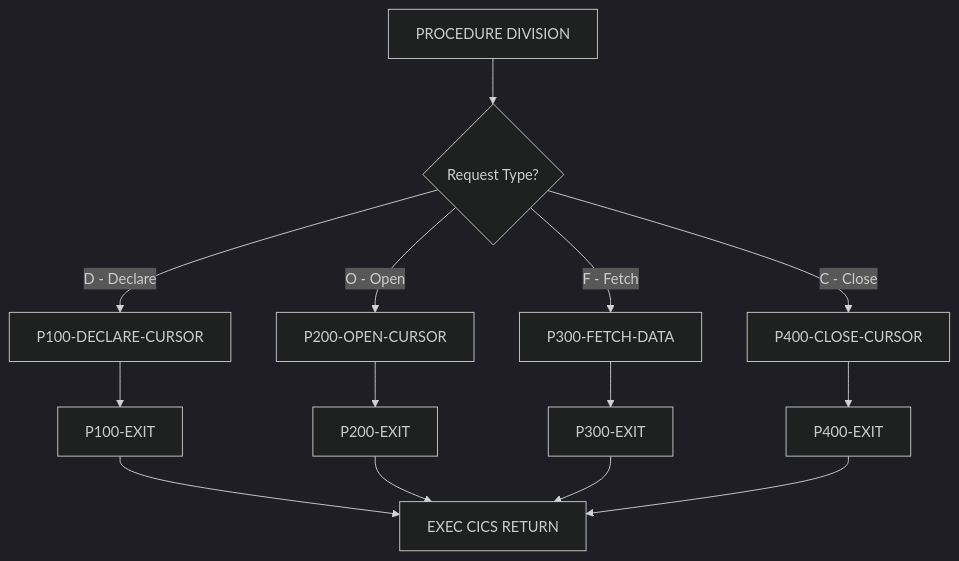
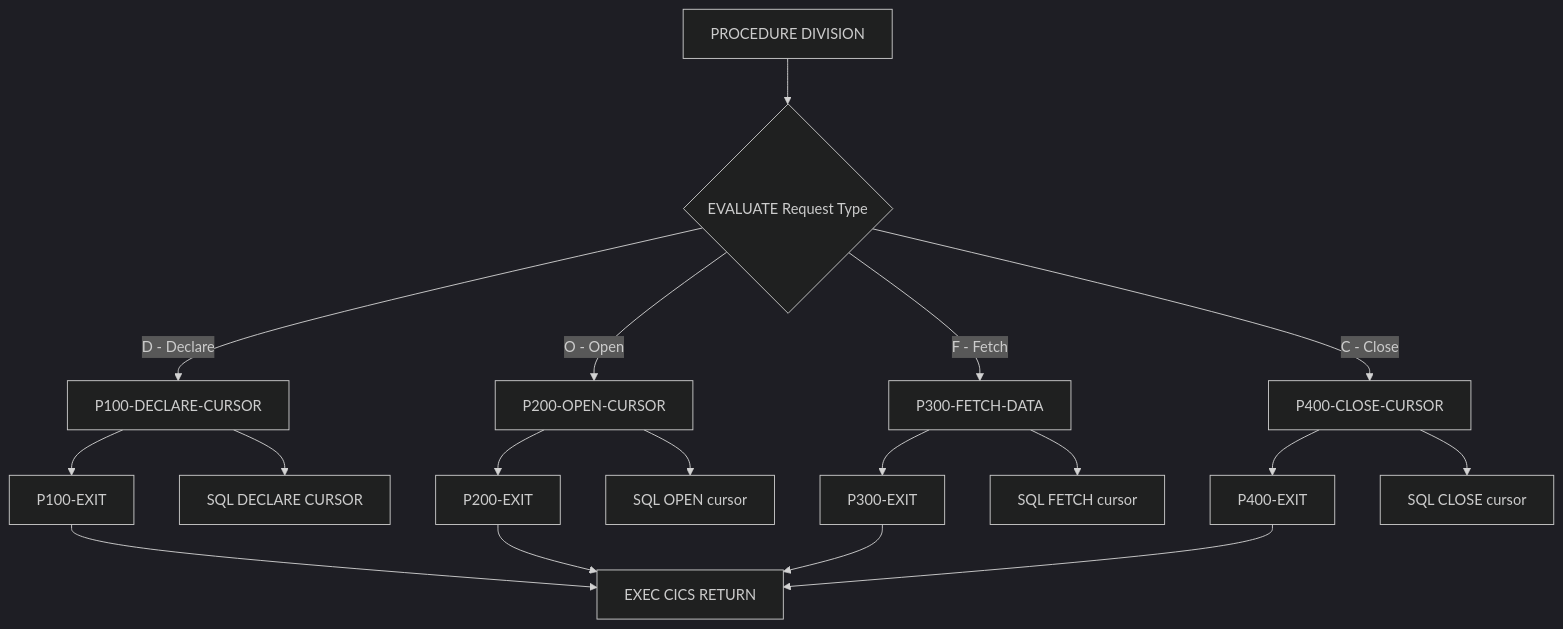
The diagram in docs/programs/CURSMGR.mdx (haladir-com/legacy-benchmark-docs-vb70e1), drawn with Mermaid (dark theme) before and after one commit. The commit also changed other lines of this file and 63 other files, not shown here.

````diff
--- a/docs/programs/CURSMGR.mdx
+++ b/docs/programs/CURSMGR.mdx
@@ -19,18 +20,23 @@
 ```mermaid
 graph TD
-    A[PROCEDURE DIVISION] --> B{Request Type?}
+    A[PROCEDURE DIVISION] --> B{EVALUATE Request Type}
     B -->|D - Declare| C[P100-DECLARE-CURSOR]
     B -->|O - Open| D[P200-OPEN-CURSOR]
     B -->|F - Fetch| E[P300-FETCH-DATA]
     B -->|C - Close| F[P400-CLOSE-CURSOR]
     
     C --> C1[P100-EXIT]
     D --> D1[P200-EXIT]
     E --> E1[P300-EXIT]
     F --> F1[P400-EXIT]
     
     C1 --> G[EXEC CICS RETURN]
     D1 --> G
     E1 --> G
     F1 --> G
+    
+    C --> C2[SQL DECLARE CURSOR]
+    D --> D2[SQL OPEN cursor]
+    E --> E2[SQL FETCH cursor]
+    F --> F2[SQL CLOSE cursor]
 ```
````
